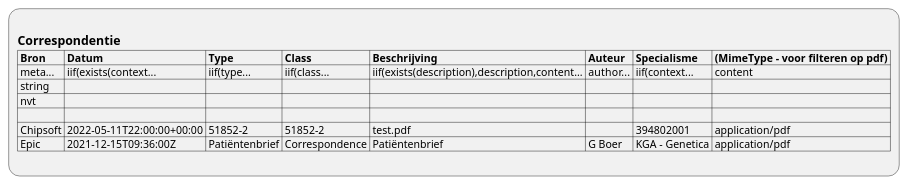
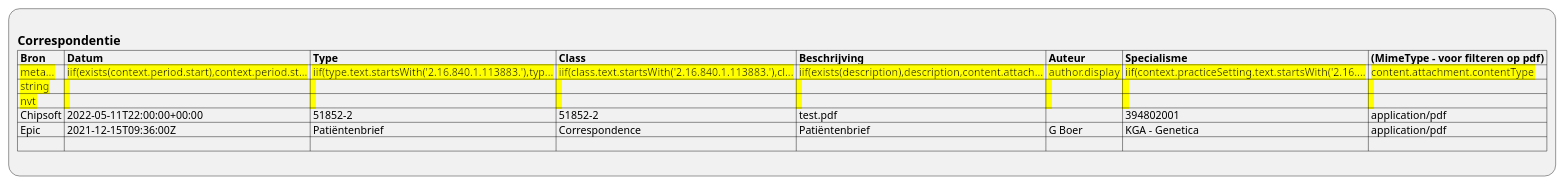
Before and after one commit to RIVO-Noord/zorgviewer-ig: the diagram in input/images-source/ViewDefinition-DocumentReference.plantuml, drawn with PlantUML. The commit also changed 10 other files, not shown here.

```diff
--- a/input/images-source/ViewDefinition-DocumentReference.plantuml
+++ b/input/images-source/ViewDefinition-DocumentReference.plantuml
@@ -1,12 +1,12 @@
 @startuml ViewDefinition-DocumentReference
 :
 == Correspondentie
 |= Bron |= Datum |= Type |= Class |= Beschrijving |= Auteur |= Specialisme |= (MimeType - voor filteren op pdf) |
-| meta... | iif(exists(context... | iif(type... | iif(class... | iif(exists(description),description,content... | author... | iif(context... | content |
-| string |  |  |  |  |  |  |  |
-| nvt |  |  |  |  |  |  |  |
-| |
+|<back:yellow> meta... |<back:yellow> iif(exists(context.period.start),context.period.st... |<back:yellow> iif(type.text.startsWith('2.16.840.1.113883.'),typ... |<back:yellow> iif(class.text.startsWith('2.16.840.1.113883.'),cl... |<back:yellow> iif(exists(description),description,content.attach... |<back:yellow> author.display |<back:yellow> iif(context.practiceSetting.text.startsWith('2.16.... |<back:yellow> content.attachment.contentType |
+|<back:yellow> string |<back:yellow>  |<back:yellow>  |<back:yellow>  |<back:yellow>  |<back:yellow>  |<back:yellow>  |<back:yellow>  |
+|<back:yellow> nvt |<back:yellow>  |<back:yellow>  |<back:yellow>  |<back:yellow>  |<back:yellow>  |<back:yellow>  |<back:yellow>  |
 | Chipsoft | 2022-05-11T22:00:00+00:00 | 51852-2 | 51852-2 | test.pdf |  | 394802001 | application/pdf |
 | Epic | 2021-12-15T09:36:00Z | Patiëntenbrief | Correspondence | Patiëntenbrief | G Boer | KGA - Genetica | application/pdf |
+| |
 ;
 @enduml
```
